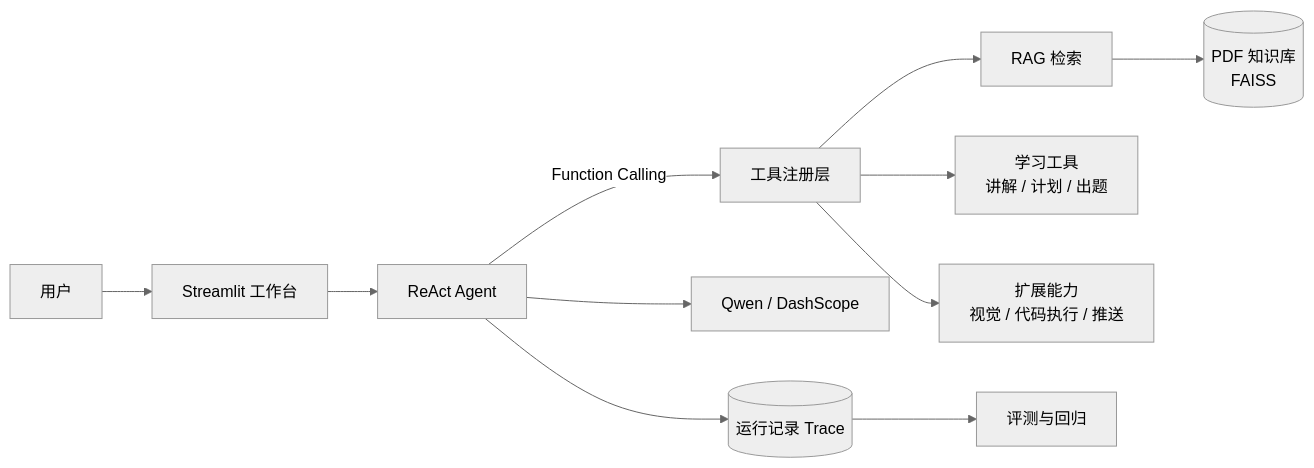
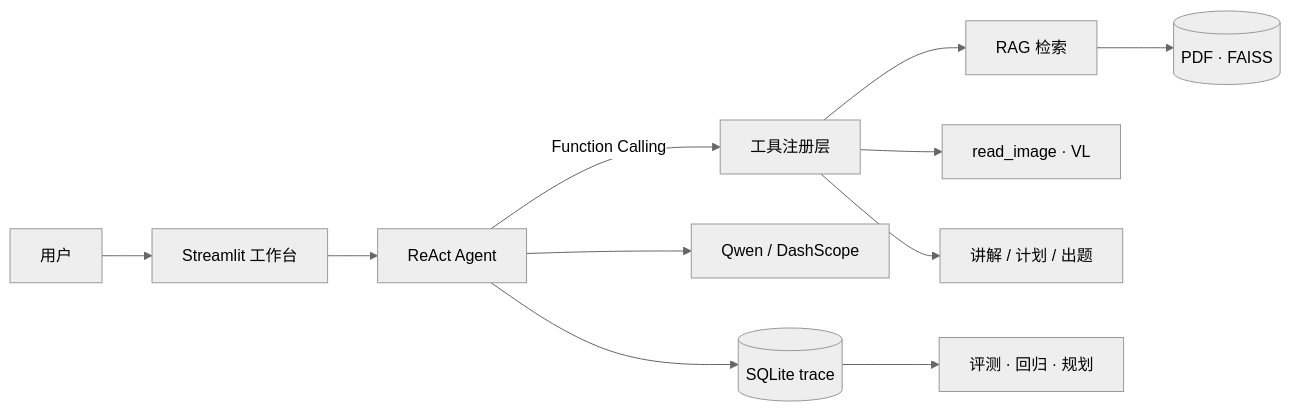
One commit to 433110535/study-assistant changed the diagram in README.md. Above: the diagram before and after it, drawn with Mermaid (neutral theme). The commit also changed other lines of this file and 48 other files, not shown here.

````diff
--- a/README.md
+++ b/README.md
@@ -72,13 +71,13 @@
 ```mermaid
 flowchart LR
     U[用户] --> UI[Streamlit 工作台]
     UI --> A[ReAct Agent]
     A -->|Function Calling| T[工具注册层]
     T --> R[RAG 检索]
-    T --> P[学习工具<br/>讲解 / 计划 / 出题]
-    T --> X[扩展能力<br/>视觉 / 代码执行 / 推送]
-    R --> D[(PDF 知识库<br/>FAISS)]
+    T --> V[read_image · VL]
+    T --> P[讲解 / 计划 / 出题]
+    R --> D[(PDF · FAISS)]
     A --> LLM[Qwen / DashScope]
-    A --> S[(运行记录 Trace)]
-    S --> E[评测与回归]
+    A --> S[(SQLite trace)]
+    S --> E[评测 · 回归 · 规划]
 ```
````
